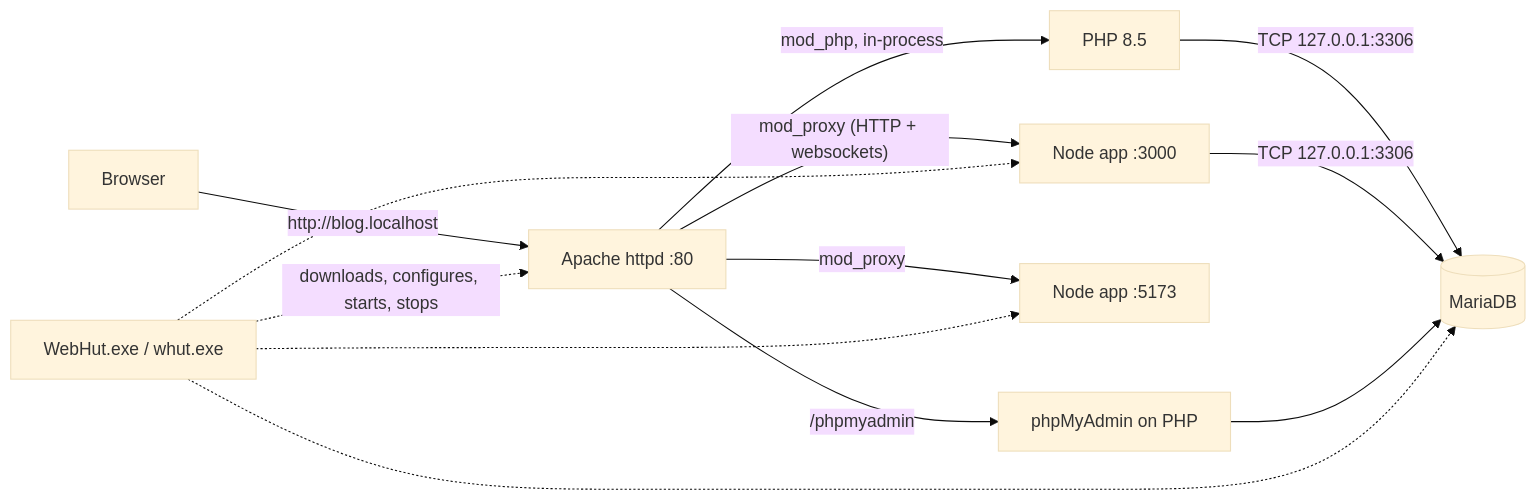
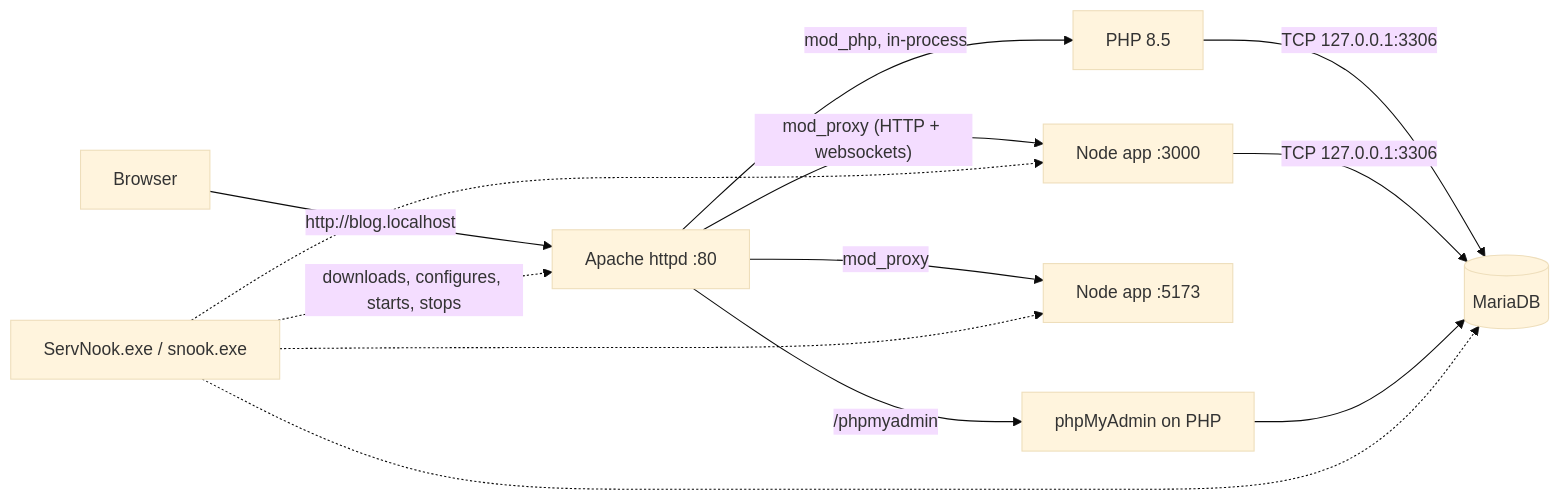
One commit to hashencoder/kiln changed the diagram in docs/01-architecture.md. Above: the diagram before and after it, drawn with Mermaid (base theme). The commit also changed other lines of this file and 96 other files, not shown here.

First line of the commit message:
Rename WebHut to ServNook

````diff
--- a/docs/01-architecture.md
+++ b/docs/01-architecture.md
@@ -7,15 +7,15 @@
 ```mermaid
 flowchart LR
     B[Browser] -->|"http://blog.localhost"| A[Apache httpd :80]
     A -->|mod_php, in-process| P[PHP 8.5]
     A -->|"mod_proxy (HTTP + websockets)"| N1[Node app :3000]
     A -->|mod_proxy| N2[Node app :5173]
     P -->|TCP 127.0.0.1:3306| M[(MariaDB)]
     N1 -->|TCP 127.0.0.1:3306| M
     A -->|/phpmyadmin| PMA[phpMyAdmin on PHP]
     PMA --> M
-    K[WebHut.exe / whut.exe] -.downloads, configures, starts, stops.-> A
+    K[ServNook.exe / snook.exe] -.downloads, configures, starts, stops.-> A
     K -.-> M
     K -.-> N1
     K -.-> N2
 ```
````
